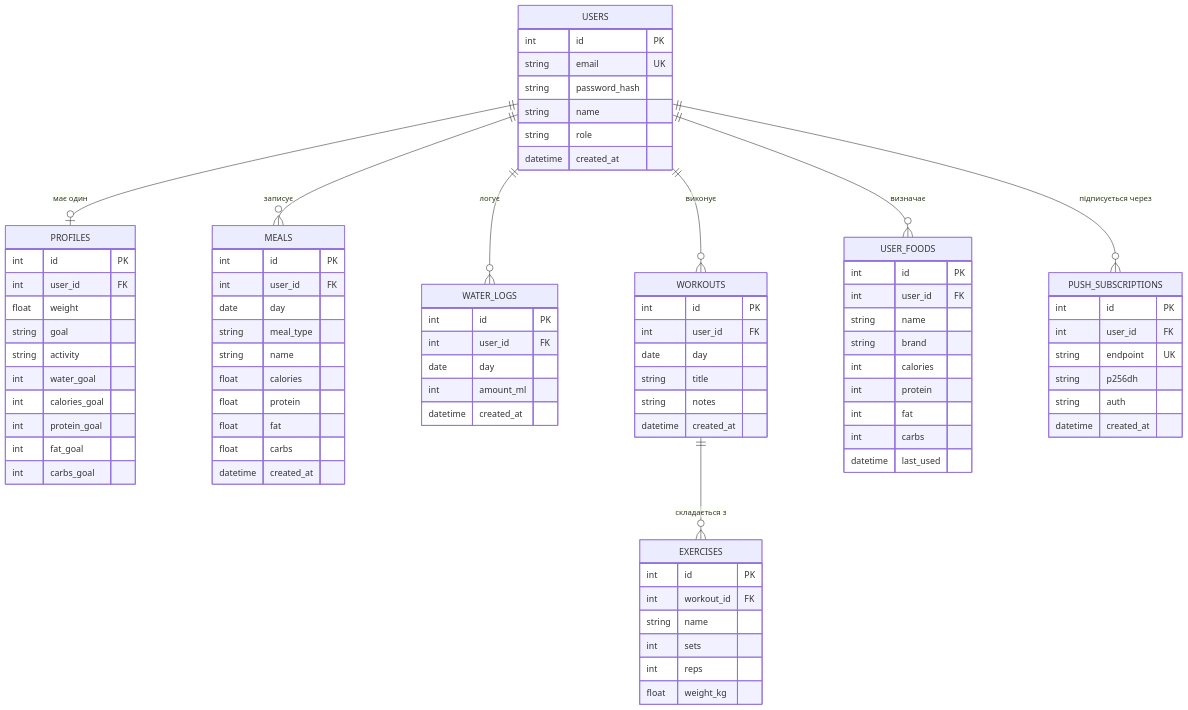
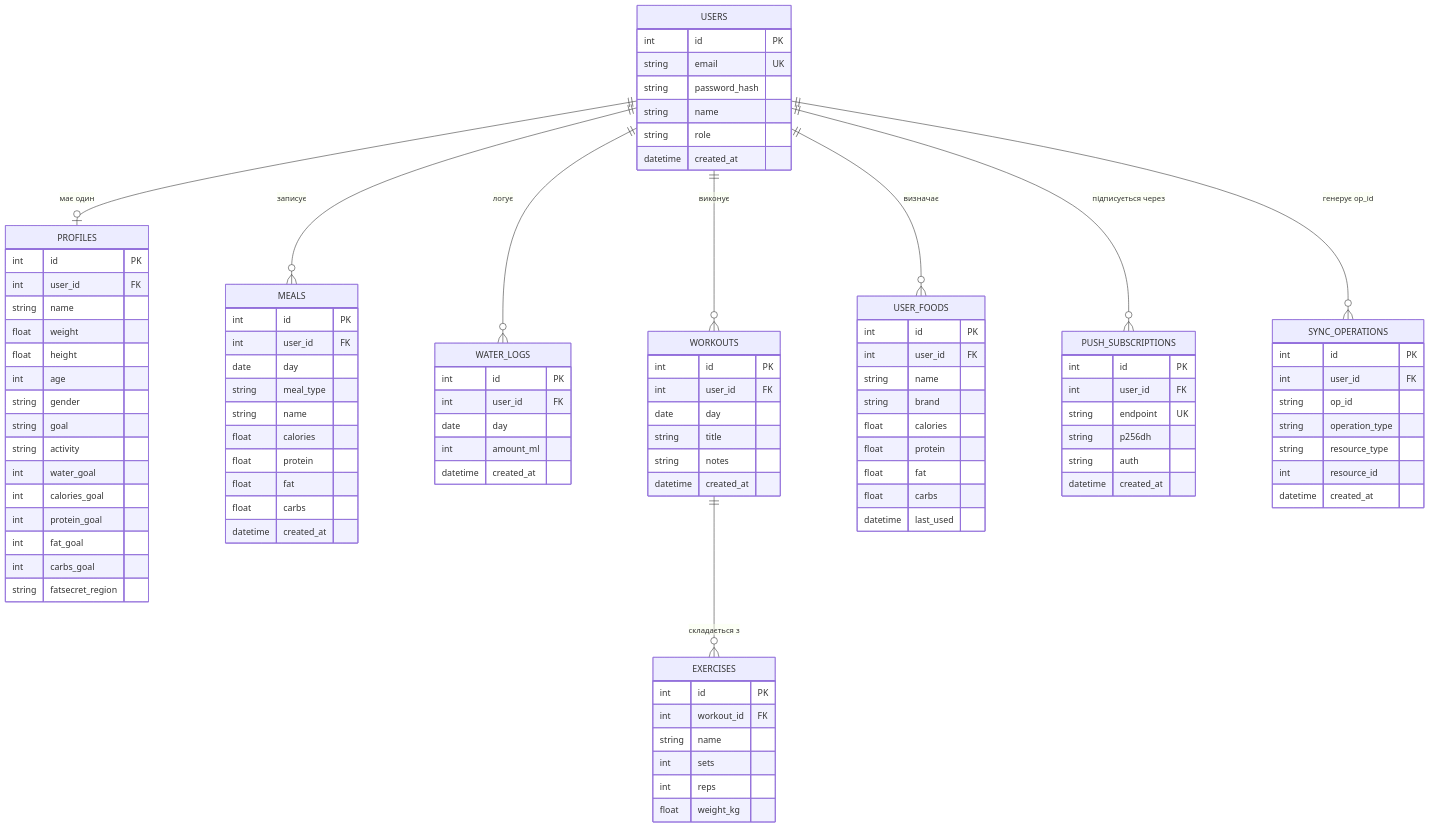
Before and after one commit to sweeperxz/fitnessApp: the third of 5 diagrams in README.md, drawn with Mermaid. The commit also changed other lines of this file, not shown here.

First line of the commit message:
docs(readme): refresh stack/ERD/testing sections to match current state

````diff
--- a/README.md
+++ b/README.md
@@ -186,7 +185,11 @@
     PROFILES {
         int id PK
         int user_id FK
+        string name
         float weight
+        float height
+        int age
+        string gender
         string goal
         string activity
         int water_goal
@@ -194,6 +197,7 @@
         int protein_goal
         int fat_goal
         int carbs_goal
+        string fatsecret_region
     }
     MEALS {
         int id PK
@@ -235,10 +239,10 @@
         int user_id FK
         string name
         string brand
-        int calories
-        int protein
-        int fat
-        int carbs
+        float calories
+        float protein
+        float fat
+        float carbs
         datetime last_used
     }
     PUSH_SUBSCRIPTIONS {
@@ -249,6 +253,15 @@
         string auth
         datetime created_at
     }
+    SYNC_OPERATIONS {
+        int id PK
+        int user_id FK
+        string op_id
+        string operation_type
+        string resource_type
+        int resource_id
+        datetime created_at
+    }
 
     USERS ||--o| PROFILES : "має один"
     USERS ||--o{ MEALS : "записує"
@@ -256,5 +269,6 @@
     USERS ||--o{ WORKOUTS : "виконує"
     USERS ||--o{ USER_FOODS : "визначає"
     USERS ||--o{ PUSH_SUBSCRIPTIONS : "підписується через"
+    USERS ||--o{ SYNC_OPERATIONS : "генерує op_id"
     WORKOUTS ||--o{ EXERCISES : "складається з"
 ```
````
